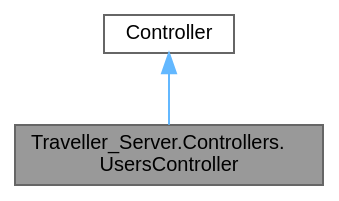
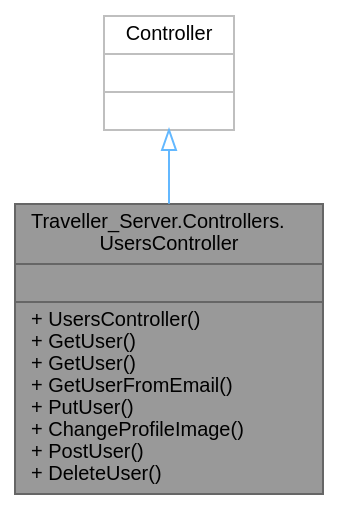
Before and after one commit to VenelinArgirov/manual-tecnico.github.io: the diagram in Servidor/class_traveller___server_1_1_controllers_1_1_users_controller__inherit__graph.dot, drawn with Graphviz. The commit also changed 813 other files, not shown here.

```diff
--- a/Servidor/class_traveller___server_1_1_controllers_1_1_users_controller__inherit__graph.dot
+++ b/Servidor/class_traveller___server_1_1_controllers_1_1_users_controller__inherit__graph.dot
@@ -1,10 +1,10 @@
 digraph "Traveller_Server.Controllers.UsersController"
 {
  // LATEX_PDF_SIZE
   bgcolor="transparent";
   edge [fontname=Helvetica,fontsize=10,labelfontname=Helvetica,labelfontsize=10];
   node [fontname=Helvetica,fontsize=10,shape=box,height=0.2,width=0.4];
-  Node1 [label="Traveller_Server.Controllers.\lUsersController",height=0.2,width=0.4,color="gray40", fillcolor="grey60", style="filled", fontcolor="black",tooltip=" "];
-  Node2 -> Node1 [dir="back",color="steelblue1",style="solid"];
-  Node2 [label="Controller",height=0.2,width=0.4,color="gray40", fillcolor="white", style="filled",tooltip=" "];
+  Node1 [shape=record,label="{Traveller_Server.Controllers.\lUsersController\n||+ UsersController()\l+ GetUser()\l+ GetUser()\l+ GetUserFromEmail()\l+ PutUser()\l+ ChangeProfileImage()\l+ PostUser()\l+ DeleteUser()\l}",height=0.2,width=0.4,color="gray40", fillcolor="grey60", style="filled", fontcolor="black",tooltip=" "];
+  Node2 -> Node1 [dir="back",color="steelblue1",style="solid",arrowtail="onormal"];
+  Node2 [shape=record,label="{Controller\n||}",height=0.2,width=0.4,color="grey75", fillcolor="white", style="filled",tooltip=" "];
 }
```
